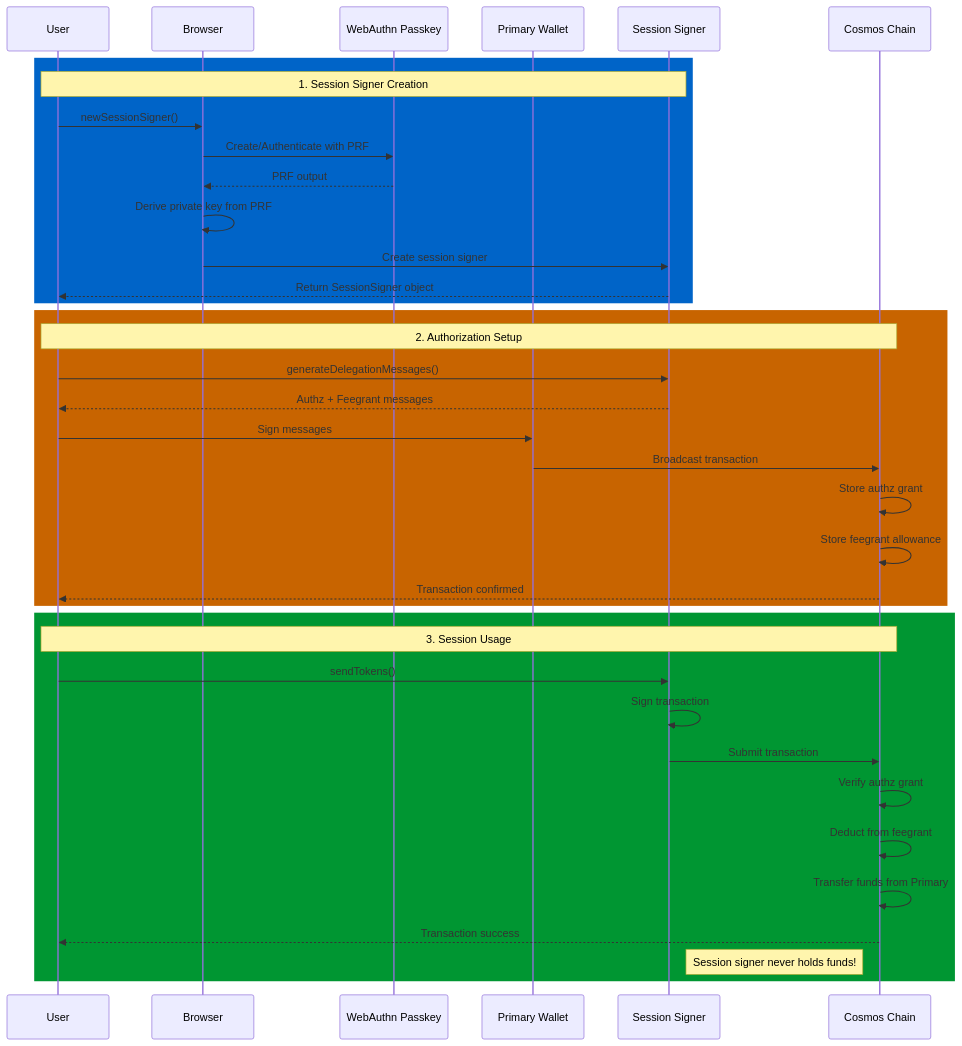
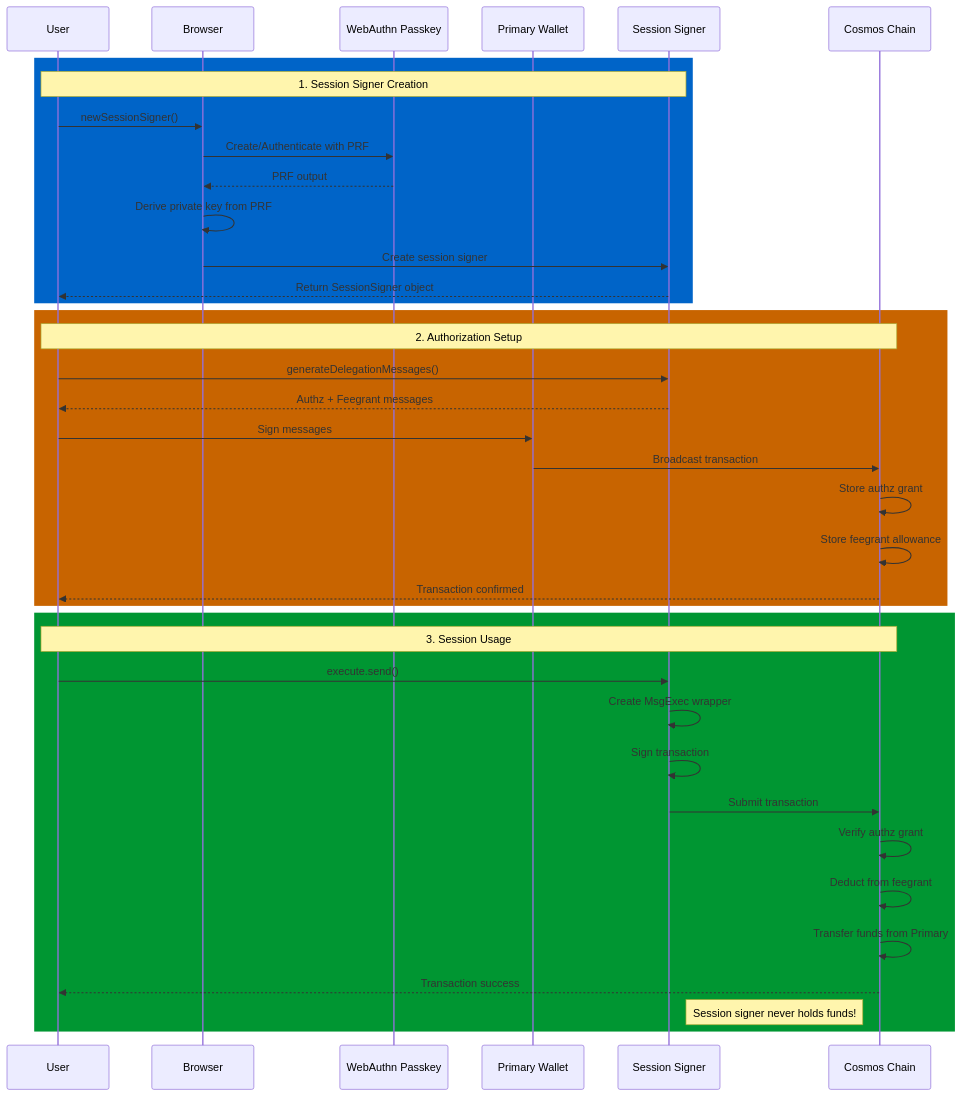
One commit to n2p5/stint changed the diagram in docs/GUIDE.md. Above: the diagram before and after it, drawn with Mermaid. The commit also changed other lines of this file and 9 other files, not shown here.

Commit message:
feat: added exec helpers to sessionSigner (#6)

````diff
--- a/docs/GUIDE.md
+++ b/docs/GUIDE.md
@@ -37,42 +42,43 @@
 ```mermaid
 sequenceDiagram
     participant User
     participant Browser
     participant Passkey as WebAuthn Passkey
     participant Primary as Primary Wallet
     participant Session as Session Signer
     participant Chain as Cosmos Chain
 
     rect rgb(0, 100, 200)
         Note over User, Session: 1. Session Signer Creation
         User->>Browser: newSessionSigner()
         Browser->>Passkey: Create/Authenticate with PRF
         Passkey-->>Browser: PRF output
         Browser->>Browser: Derive private key from PRF
         Browser->>Session: Create session signer
         Session-->>User: Return SessionSigner object
     end
 
     rect rgb(200, 100, 0)
         Note over User, Chain: 2. Authorization Setup
         User->>Session: generateDelegationMessages()
         Session-->>User: Authz + Feegrant messages
         User->>Primary: Sign messages
         Primary->>Chain: Broadcast transaction
         Chain->>Chain: Store authz grant
         Chain->>Chain: Store feegrant allowance
         Chain-->>User: Transaction confirmed
     end
 
     rect rgb(0, 150, 50)
         Note over User, Chain: 3. Session Usage
-        User->>Session: sendTokens()
+        User->>Session: execute.send()
+        Session->>Session: Create MsgExec wrapper
         Session->>Session: Sign transaction
         Session->>Chain: Submit transaction
         Chain->>Chain: Verify authz grant
         Chain->>Chain: Deduct from feegrant
         Chain->>Chain: Transfer funds from Primary
         Chain-->>User: Transaction success
         Note right of Session: Session signer never holds funds!
     end
 ```
````
